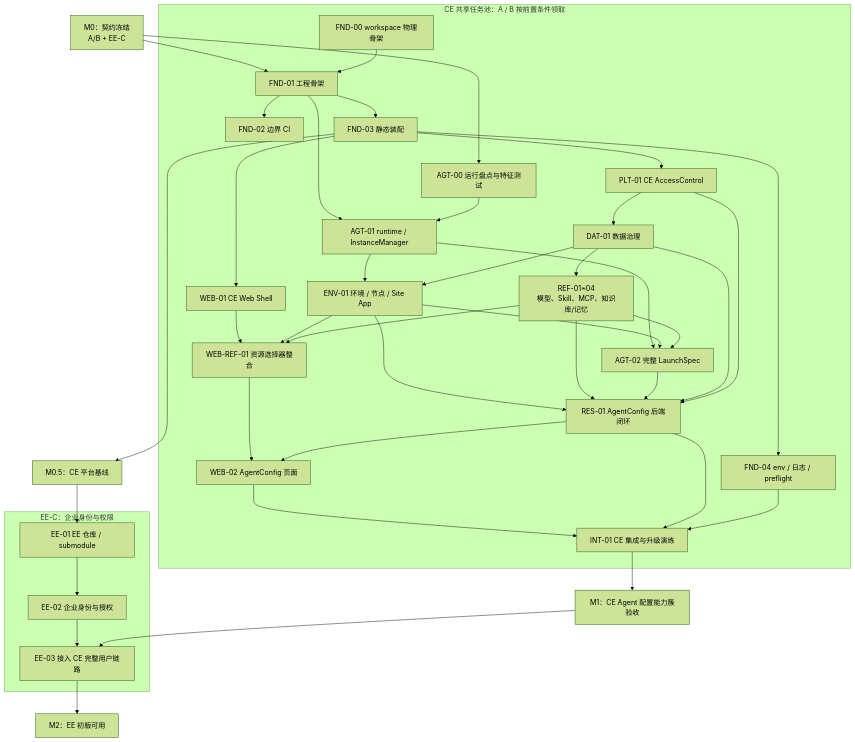
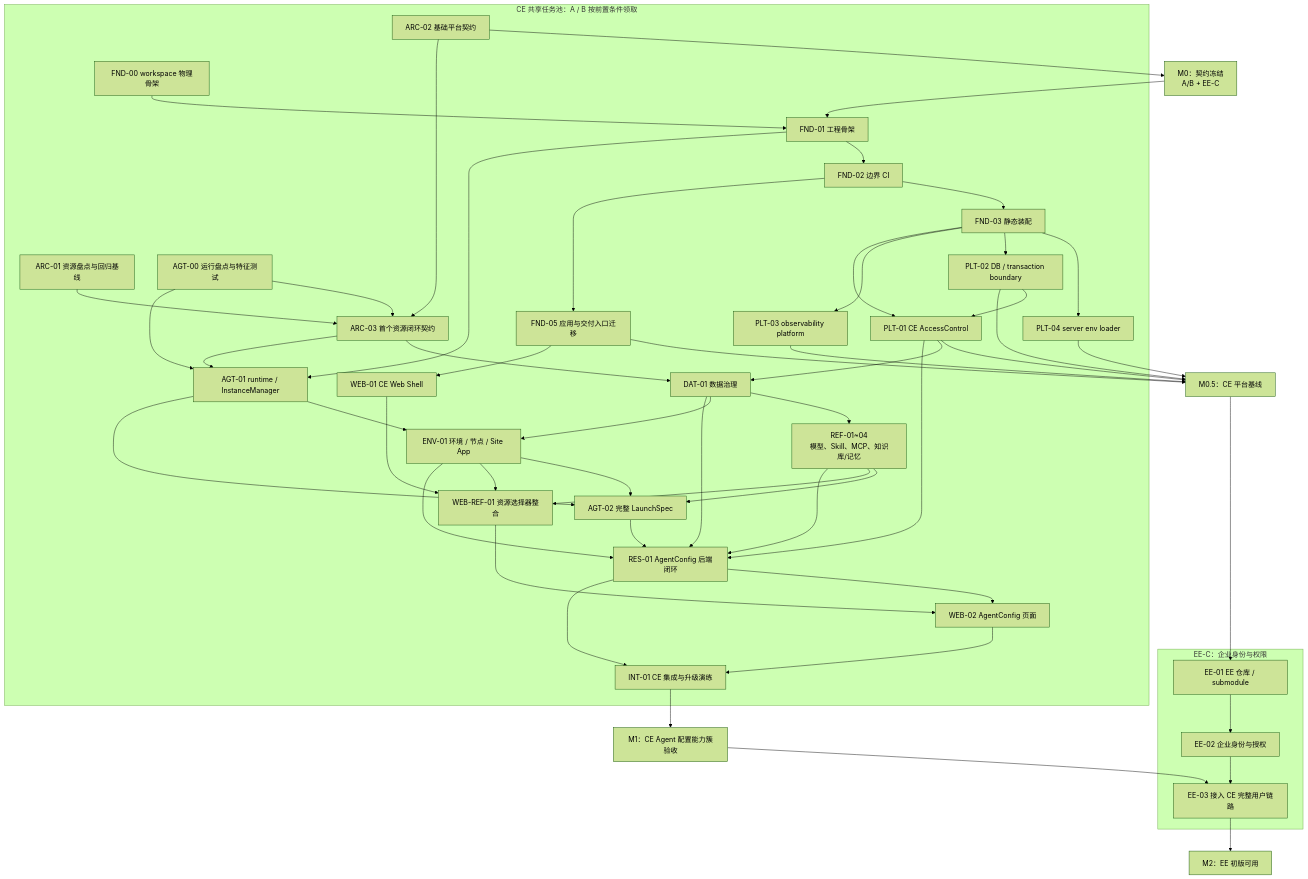
The diagram in docs/design/ce-ee-refactoring-collaboration-plan.md (HuangPuStar/FenixAgent), drawn with Mermaid (forest theme) before and after one commit. The commit also changed other lines of this file, not shown here.

```diff
--- a/docs/design/ce-ee-refactoring-collaboration-plan.md
+++ b/docs/design/ce-ee-refactoring-collaboration-plan.md
@@ -37,13 +75,19 @@
   m2["M2：EE 初版可用"]
 
   subgraph ce["CE 共享任务池：A / B 按前置条件领取"]
+    arc1["ARC-01 资源盘点与回归基线"]
+    arc2["ARC-02 基础平台契约"]
+    arc3["ARC-03 首个资源闭环契约"]
     fnd0["FND-00 workspace 物理骨架"]
     fnd1["FND-01 工程骨架"]
     fnd2["FND-02 边界 CI"]
     fnd3["FND-03 静态装配"]
-    fnd4["FND-04 env / 日志 / preflight"]
+    plt4["PLT-04 server env loader"]
+    fnd5["FND-05 应用与交付入口迁移"]
     agt00["AGT-00 运行盘点与特征测试"]
     plt["PLT-01 CE AccessControl"]
+    plt2["PLT-02 DB / transaction boundary"]
+    plt3["PLT-03 observability platform"]
     dat["DAT-01 数据治理"]
     agt1["AGT-01 runtime / InstanceManager"]
     refs["REF-01~04\n模型、Skill、MCP、知识库/记忆"]
@@ -62,18 +106,31 @@
     ee3["EE-03 接入 CE 完整用户链路"]
   end
 
+  arc2 --> m0
+  arc1 --> arc3
+  arc2 --> arc3
+  agt00 --> arc3
   fnd0 --> fnd1
   m0 --> fnd1
-  m0 --> agt00
   fnd1 --> fnd2
-  fnd1 --> fnd3
-  fnd3 --> m05
-  fnd3 --> fnd4
+  fnd2 --> fnd3
+  fnd2 --> fnd5
+  fnd3 --> plt4
+  fnd3 --> plt2
+  fnd3 --> plt3
+  plt2 --> plt
   fnd3 --> plt
+  fnd5 --> m05
+  plt --> m05
+  plt2 --> m05
+  plt3 --> m05
+  plt4 --> m05
   plt --> dat
+  arc3 --> dat
   agt00 --> agt1
   fnd1 --> agt1
-  fnd3 --> web1
+  arc3 --> agt1
+  fnd5 --> web1
   dat --> refs
   dat --> env
   agt1 --> env
@@ -90,7 +147,6 @@
   env --> res
   res --> web2
   webref --> web2
-  fnd4 --> int
   res --> int
   web2 --> int
   int --> m1
```
